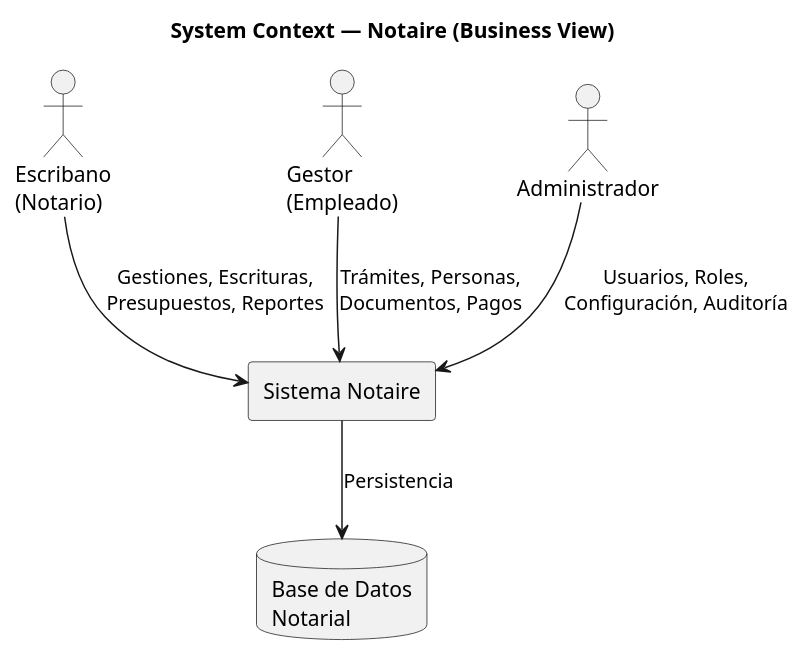
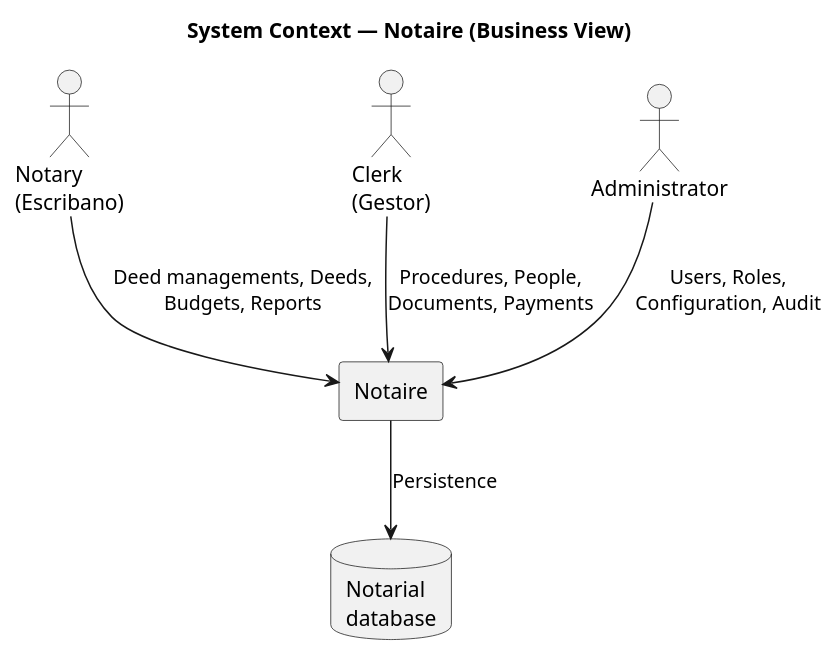
The first of 13 diagrams in docs/200-architecture/201-SAD/sad.md (matiaspakua/notaire), drawn with PlantUML before and after one commit. The commit also changed other lines of this file and 1430 other files, not shown here.

````diff
--- a/docs/200-architecture/201-SAD/sad.md
+++ b/docs/200-architecture/201-SAD/sad.md
@@ -107,20 +107,20 @@
 ```plantuml
 @startuml
 title System Context — Notaire (Business View)
 
-actor "Escribano\n(Notario)" as Escribano
-actor "Gestor\n(Empleado)" as Gestor
-actor "Administrador" as Admin
+actor "Notary\n(Escribano)" as Escribano
+actor "Clerk\n(Gestor)" as Gestor
+actor "Administrator" as Admin
 
-rectangle "Sistema Notaire" as Notaire {
+rectangle "Notaire" as Notaire {
 }
 
-database "Base de Datos\nNotarial" as DB
+database "Notarial\ndatabase" as DB
 
-Escribano --> Notaire : Gestiones, Escrituras,\nPresupuestos, Reportes
-Gestor --> Notaire : Trámites, Personas,\nDocumentos, Pagos
-Admin --> Notaire : Usuarios, Roles,\nConfiguración, Auditoría
+Escribano --> Notaire : Deed managements, Deeds,\nBudgets, Reports
+Gestor --> Notaire : Procedures, People,\nDocuments, Payments
+Admin --> Notaire : Users, Roles,\nConfiguration, Audit
 
-Notaire --> DB : Persistencia
+Notaire --> DB : Persistence
 @enduml
 ```
````
